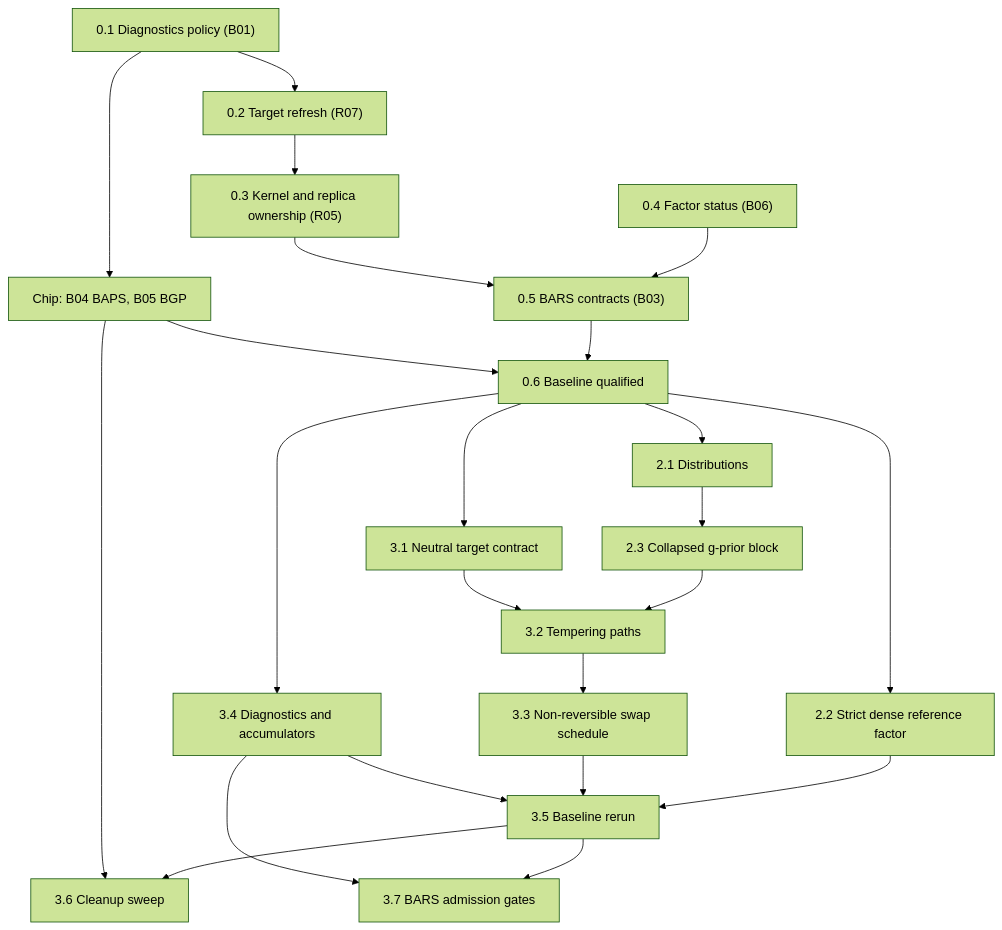
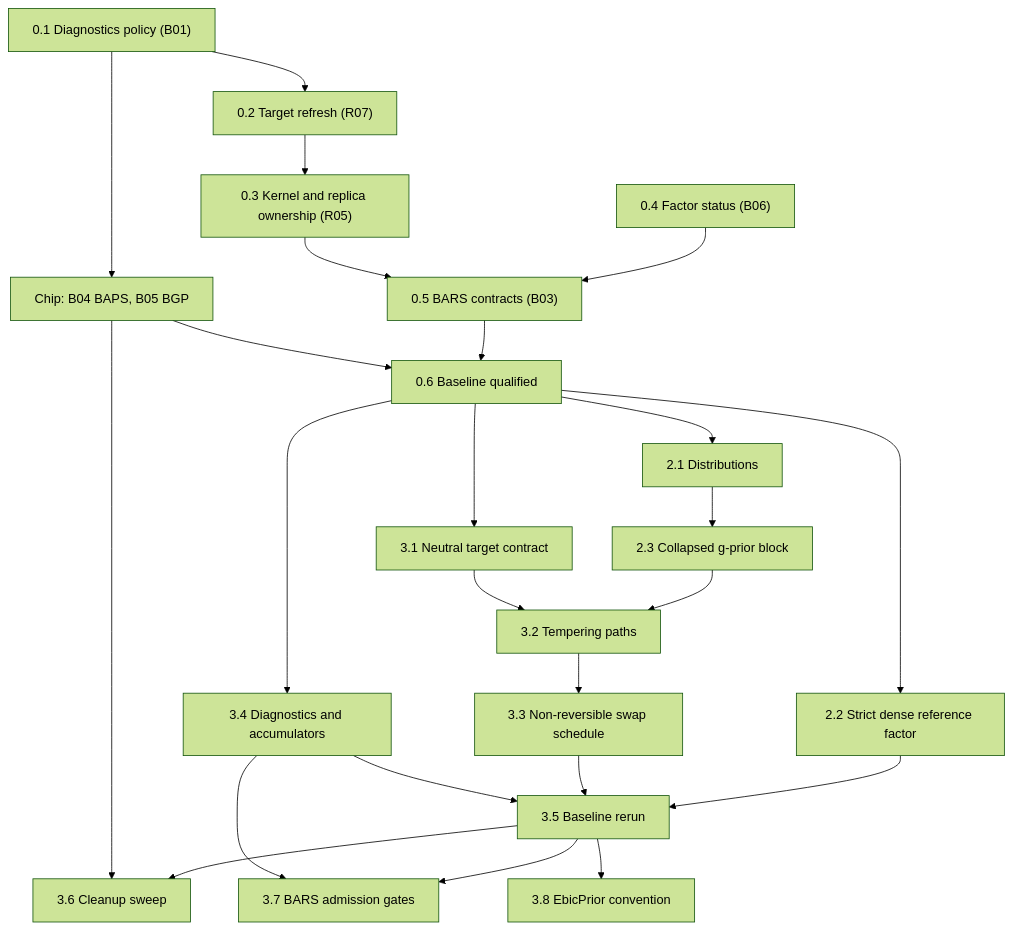
Before and after one commit to aghado01/ThermoMapper: the diagram in issues/regression/bass-preparation-brief.md, drawn with Mermaid (forest theme). The commit also changed other lines of this file and 2 other files, not shown here.

First line of the commit message:
docs(regression): decide EbicPrior's convention and record the HYK findings

````diff
--- a/issues/regression/bass-preparation-brief.md
+++ b/issues/regression/bass-preparation-brief.md
@@ -30,25 +30,26 @@
 ```mermaid
 flowchart TD
     A["0.1 Diagnostics policy (B01)"] --> B["0.2 Target refresh (R07)"]
     B --> C["0.3 Kernel and replica ownership (R05)"]
     A --> X["Chip: B04 BAPS, B05 BGP"]
     D["0.4 Factor status (B06)"] --> E["0.5 BARS contracts (B03)"]
     C --> E
     E --> G["0.6 Baseline qualified"]
     X --> G
     G --> H["2.1 Distributions"]
     G --> I["2.2 Strict dense reference factor"]
     H --> J["2.3 Collapsed g-prior block"]
     G --> K["3.1 Neutral target contract"]
     J --> L["3.2 Tempering paths"]
     K --> L
     L --> M["3.3 Non-reversible swap schedule"]
     G --> N["3.4 Diagnostics and accumulators"]
     I --> O["3.5 Baseline rerun"]
     M --> O
     N --> O
     O --> P["3.6 Cleanup sweep"]
     X --> P
     O --> Q["3.7 BARS admission gates"]
     N --> Q
+    O --> R["3.8 EbicPrior convention"]
 ```
````
